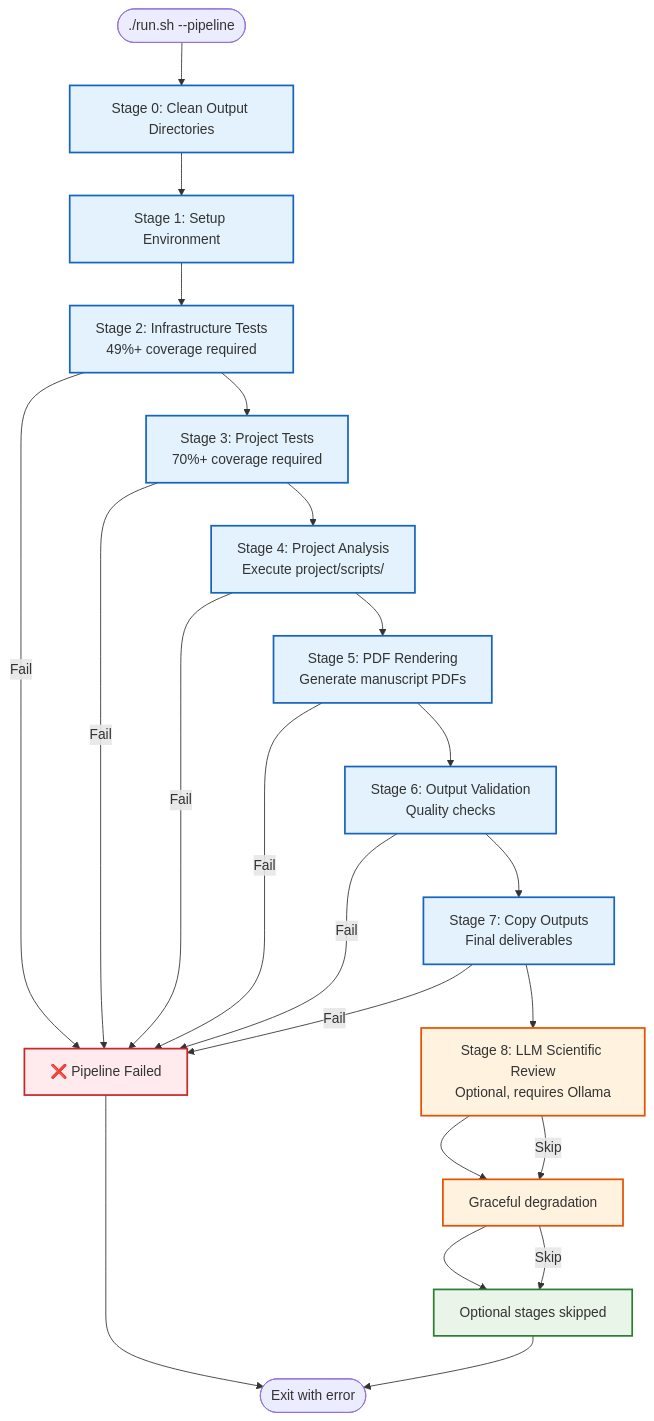
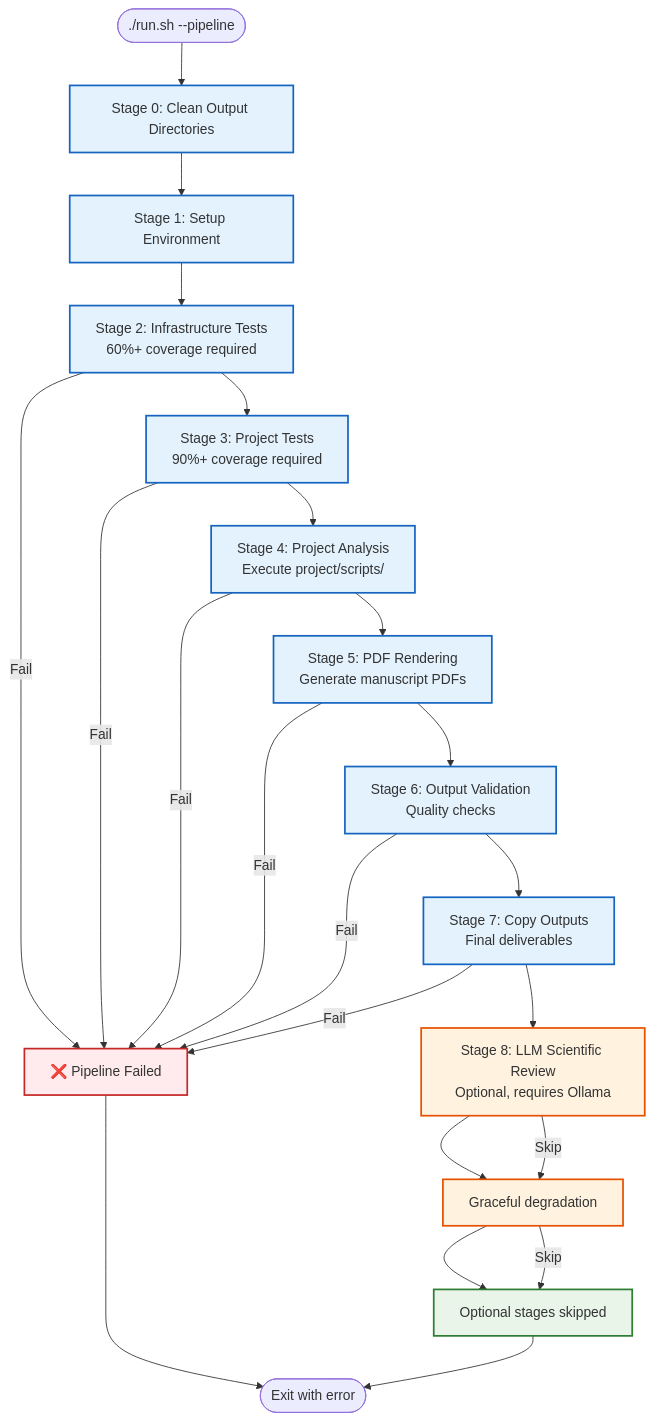
The sixth of 6 diagrams in README.md (docxology/template), drawn with Mermaid before and after one commit. The commit also changed other lines of this file and 128 other files, not shown here.

````diff
--- a/README.md
+++ b/README.md
@@ -668,36 +668,36 @@
 ```mermaid
 flowchart TD
     START([./run.sh --pipeline]) --> STAGE0[Stage 0: Clean Output Directories]
     STAGE0 --> STAGE1[Stage 1: Setup Environment]
-    STAGE1 --> STAGE2[Stage 2: Infrastructure Tests<br/>49%+ coverage required]
-    STAGE2 --> STAGE3[Stage 3: Project Tests<br/>70%+ coverage required]
+    STAGE1 --> STAGE2[Stage 2: Infrastructure Tests<br/>60%+ coverage required]
+    STAGE2 --> STAGE3[Stage 3: Project Tests<br/>90%+ coverage required]
     STAGE3 --> STAGE4[Stage 4: Project Analysis<br/>Execute project/scripts/]
     STAGE4 --> STAGE5[Stage 5: PDF Rendering<br/>Generate manuscript PDFs]
     STAGE5 --> STAGE6[Stage 6: Output Validation<br/>Quality checks]
     STAGE6 --> STAGE7[Stage 7: Copy Outputs<br/>Final deliverables]
     STAGE7 --> STAGE8[Stage 8: LLM Scientific Review<br/>Optional, requires Ollama]
     STAGE8 --> STAGE9[Stage 9: LLM Translations<br/>Optional, requires Ollama]
     STAGE9 --> SUCCESS[✅ Build Complete<br/>~84s core + LLM time]
     
     STAGE2 -->|Fail| FAIL[❌ Pipeline Failed]
     STAGE3 -->|Fail| FAIL
     STAGE4 -->|Fail| FAIL
     STAGE5 -->|Fail| FAIL
     STAGE6 -->|Fail| FAIL
     STAGE7 -->|Fail| FAIL
     STAGE8 -->|Skip| STAGE9[Graceful degradation]
     STAGE9 -->|Skip| SUCCESS[Optional stages skipped]
     
     FAIL --> END([Exit with error])
     SUCCESS --> END
     
     classDef success fill:#e8f5e8,stroke:#2e7d32,stroke-width:2px
     classDef failure fill:#ffebee,stroke:#c62828,stroke-width:2px
     classDef process fill:#e3f2fd,stroke:#1565c0,stroke-width:2px
     classDef optional fill:#fff3e0,stroke:#e65100,stroke-width:2px
     
     class SUCCESS success
     class FAIL failure
     class STAGE0,STAGE1,STAGE2,STAGE3,STAGE4,STAGE5,STAGE6,STAGE7 process
     class STAGE8,STAGE9 optional
 ```
````
